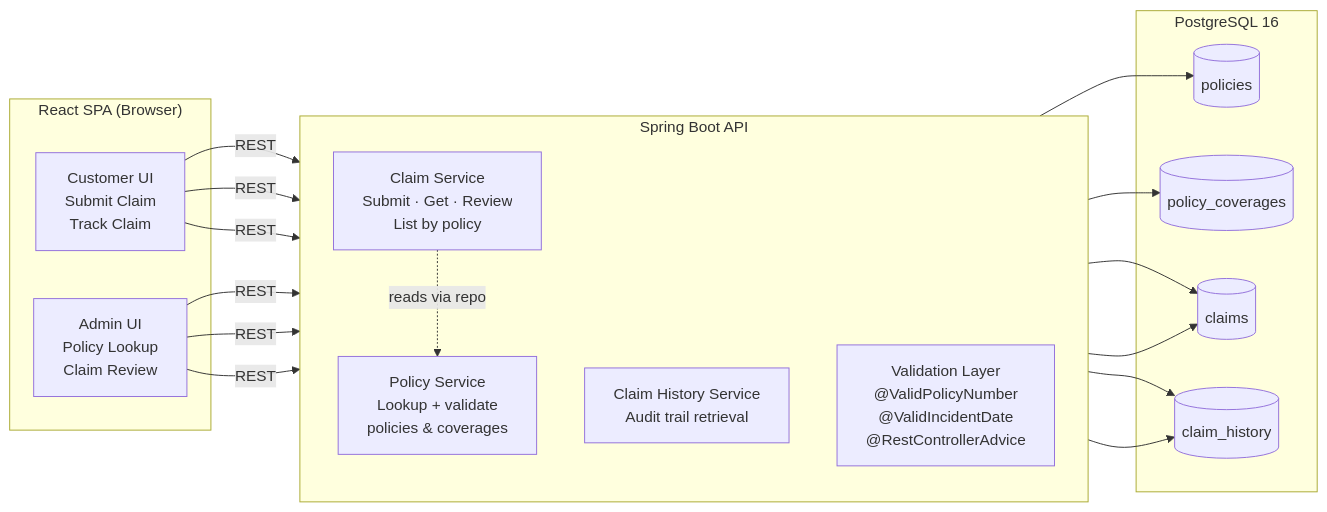
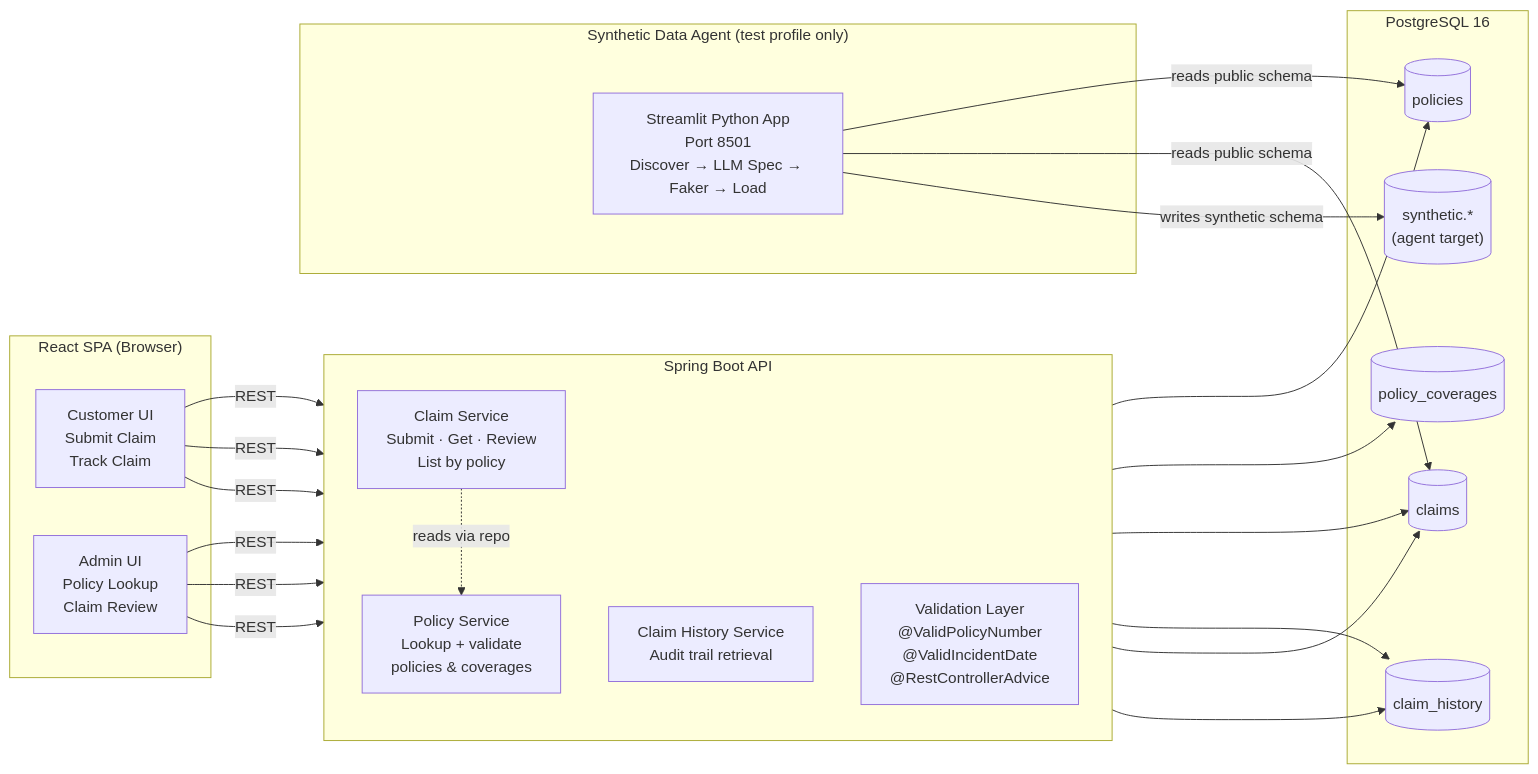
The first of 8 diagrams in docs/architecture/02-service-decomposition.md (kv-sub/Random-ui), drawn with Mermaid before and after one commit. The commit also changed other lines of this file and 16 other files, not shown here.

Commit message:
Commit for synthetic agent integration

````diff
--- a/docs/architecture/02-service-decomposition.md
+++ b/docs/architecture/02-service-decomposition.md
@@ -26,37 +27,46 @@
 ```mermaid
 graph LR
     subgraph Frontend["React SPA (Browser)"]
         UI_C["Customer UI\nSubmit Claim\nTrack Claim"]
         UI_A["Admin UI\nPolicy Lookup\nClaim Review"]
     end
 
     subgraph Backend["Spring Boot API"]
         direction TB
         POLICY["Policy Service\nLookup + validate\npolicies & coverages"]
         CLAIM["Claim Service\nSubmit · Get · Review\nList by policy"]
         HISTORY["Claim History Service\nAudit trail retrieval"]
         VALIDATION["Validation Layer\n@ValidPolicyNumber\n@ValidIncidentDate\n@RestControllerAdvice"]
     end
 
     subgraph DB["PostgreSQL 16"]
         T1[("policies")]
         T2[("policy_coverages")]
         T3[("claims")]
         T4[("claim_history")]
+        T5[("synthetic.*\n(agent target)")]
+    end
+
+    subgraph Agent["Synthetic Data Agent (test profile only)"]
+        SA["Streamlit Python App\nPort 8501\nDiscover → LLM Spec → Faker → Load"]
     end
 
     UI_C -->|REST| POLICY
     UI_C -->|REST| CLAIM
     UI_C -->|REST| HISTORY
     UI_A -->|REST| POLICY
     UI_A -->|REST| CLAIM
     UI_A -->|REST| HISTORY
 
     CLAIM -.->|reads via repo| POLICY
     POLICY --> T1
     POLICY --> T2
     CLAIM --> T3
     CLAIM --> T4
     HISTORY --> T3
     HISTORY --> T4
+
+    SA -->|reads public schema| T1
+    SA -->|reads public schema| T3
+    SA -->|writes synthetic schema| T5
 ```
````
